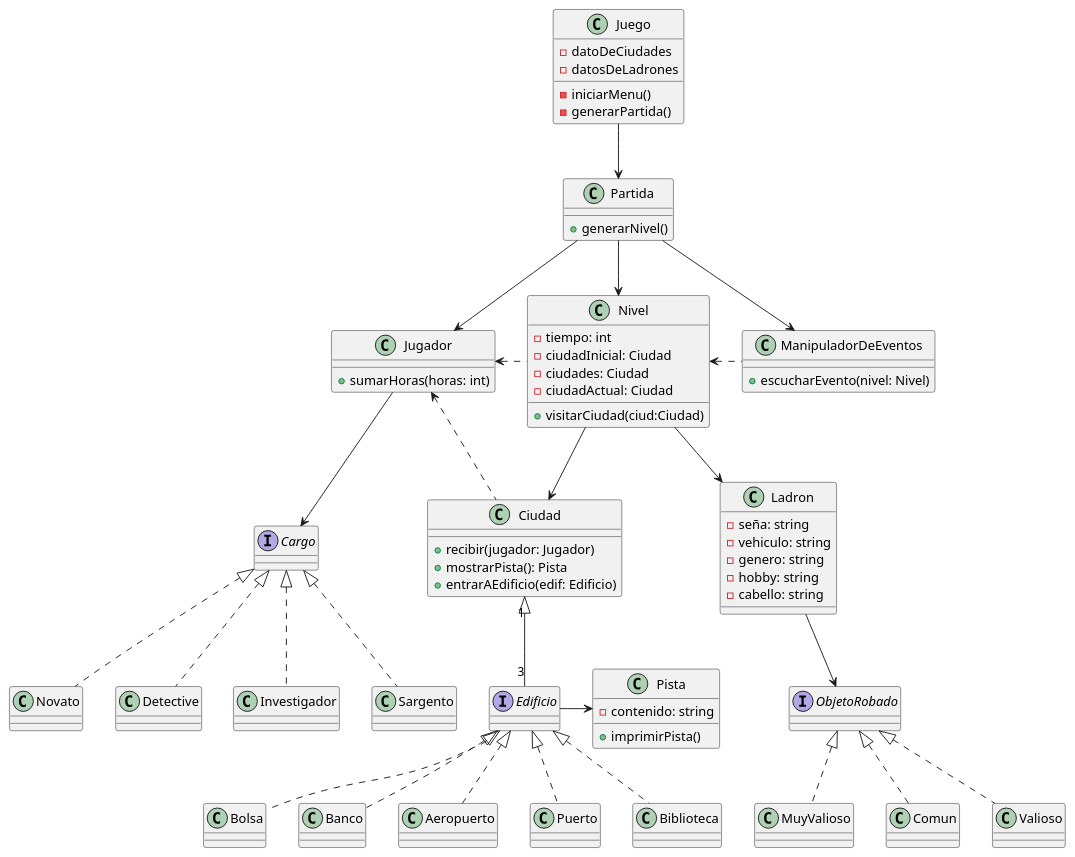
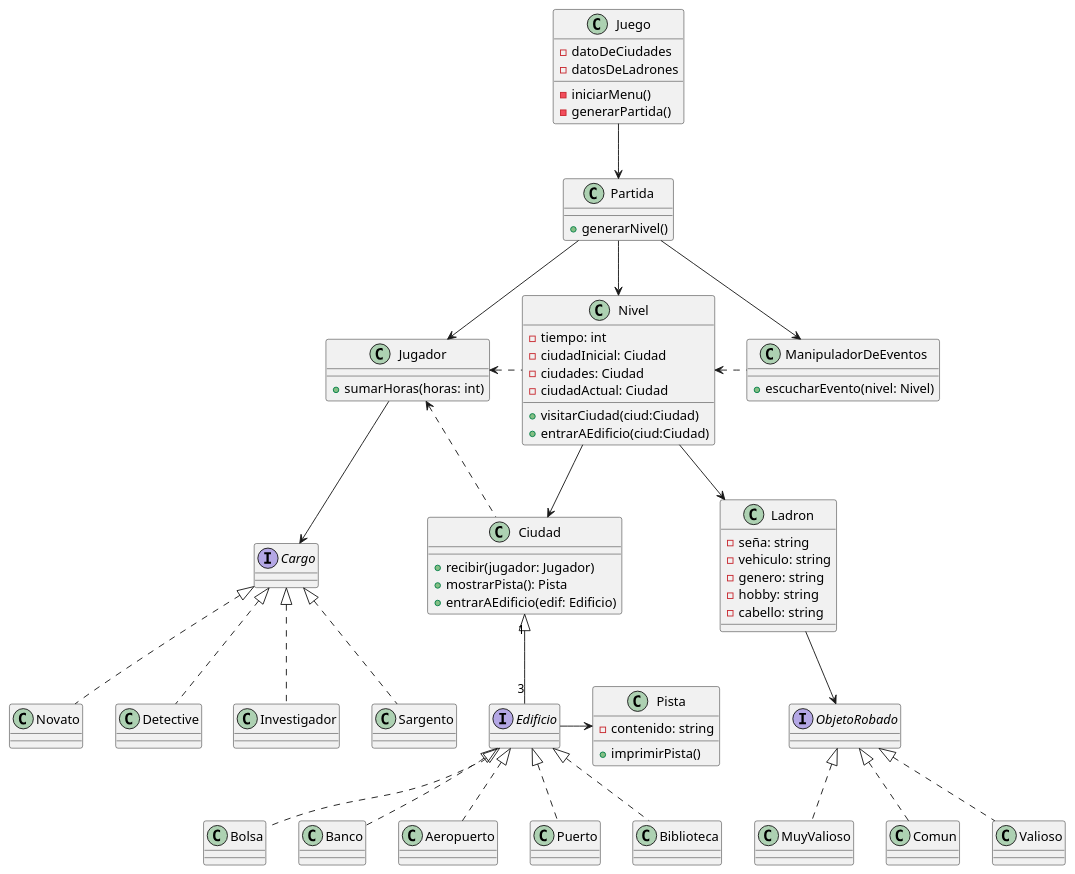
The diagram in diagrams/classes/AlgoThief_Diagrama_Clase_UML.puml (arilow/Algo3_TP2), drawn with PlantUML before and after one commit.

Commit message:
Actualizacion de Diagrama de clases

```diff
--- a/diagrams/classes/AlgoThief_Diagrama_Clase_UML.puml
+++ b/diagrams/classes/AlgoThief_Diagrama_Clase_UML.puml
@@ -1,112 +1,113 @@
 @startuml algoThief
 class Juego {
     - datoDeCiudades
     - datosDeLadrones
 
     - iniciarMenu()
     - generarPartida()
 
 }
 
 class Partida {
     ' - jugador: Jugador
     ' - ladron: Ladron
     + generarNivel()
 }
 
 class Nivel {
     ' A futuro podria ser una fecha (date)
     - tiempo: int
     - ciudadInicial: Ciudad
     - ciudades: Ciudad
     - ciudadActual: Ciudad
 
     + visitarCiudad(ciud:Ciudad)
+    + entrarAEdificio(ciud:Ciudad)
 
 }
 
 class ManipuladorDeEventos {
     + escucharEvento(nivel: Nivel)
 }
 
 class Jugador {
     + sumarHoras(horas: int)
 }
 
 class Ciudad {
     + recibir(jugador: Jugador)
     + mostrarPista(): Pista
     + entrarAEdificio(edif: Edificio)
 }
 
 interface Cargo{}
 class Novato{}
 class Detective{}
 class Investigador{}
 class Sargento{}
 
 class Pista{
     - contenido: string
     ' + mostrarGraficos()
      + imprimirPista()
 }
 
 class Aeropuerto{}
 class Puerto{}
 class Biblioteca{}
 class Bolsa{}
 class Banco{}
 
 class Ladron{
   - seña: string
   - vehiculo: string
   - genero: string
   - hobby: string
   - cabello: string
 }
 
 interface ObjetoRobado{}
 class Comun{}
 class Valioso{}
 class MuyValioso{}
 
 interface Edificio {
 }
 
 Jugador --> Cargo
 
 Cargo <|.. Novato
 Cargo <|.. Detective
 Cargo <|.. Investigador
 Cargo <|.. Sargento
 
 Ciudad "1" <|-- "3" Edificio
 Edificio <|.. Aeropuerto
 Edificio <|.. Puerto
 Edificio <|.. Biblioteca
 Edificio <|.. Bolsa
 Edificio <|.. Banco
 
 Edificio -> Pista
 
 ObjetoRobado <|.. Comun
 ObjetoRobado <|.. Valioso
 ObjetoRobado <|.. MuyValioso
 
 Juego --> Partida
 
 Partida --> ManipuladorDeEventos
 Partida --> Jugador
 Partida --> Nivel
 
 Nivel --> Ciudad
 Nivel --> Ladron
 Nivel <. ManipuladorDeEventos
 
 
 Jugador <. Nivel
 Jugador <. Ciudad
 
 Ladron --> ObjetoRobado
 
 @enduml
```
